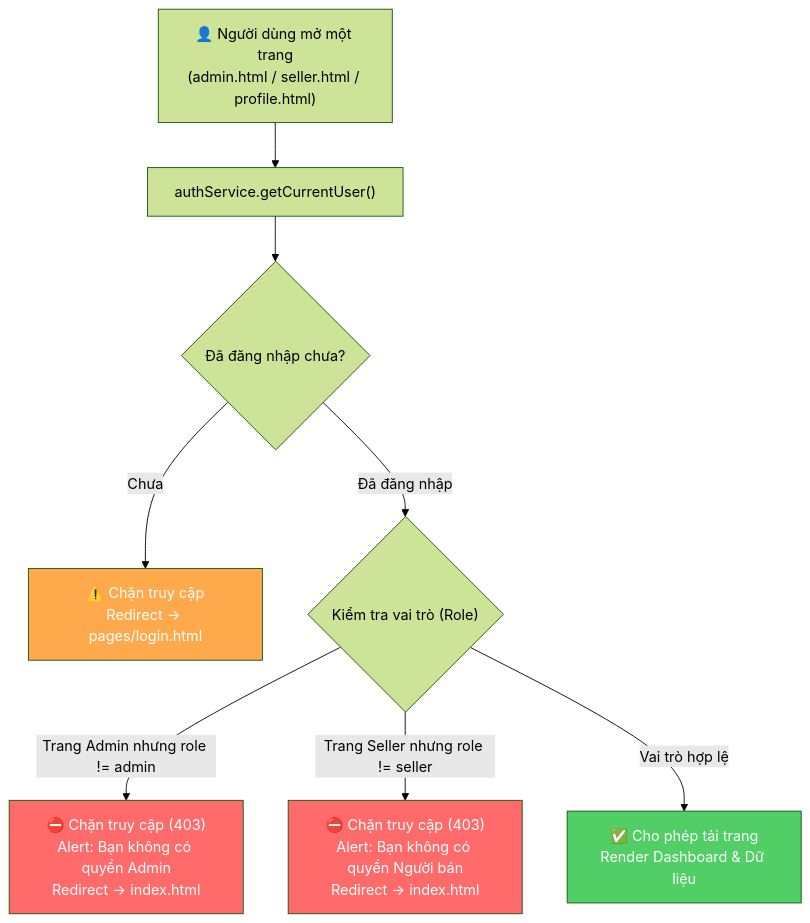
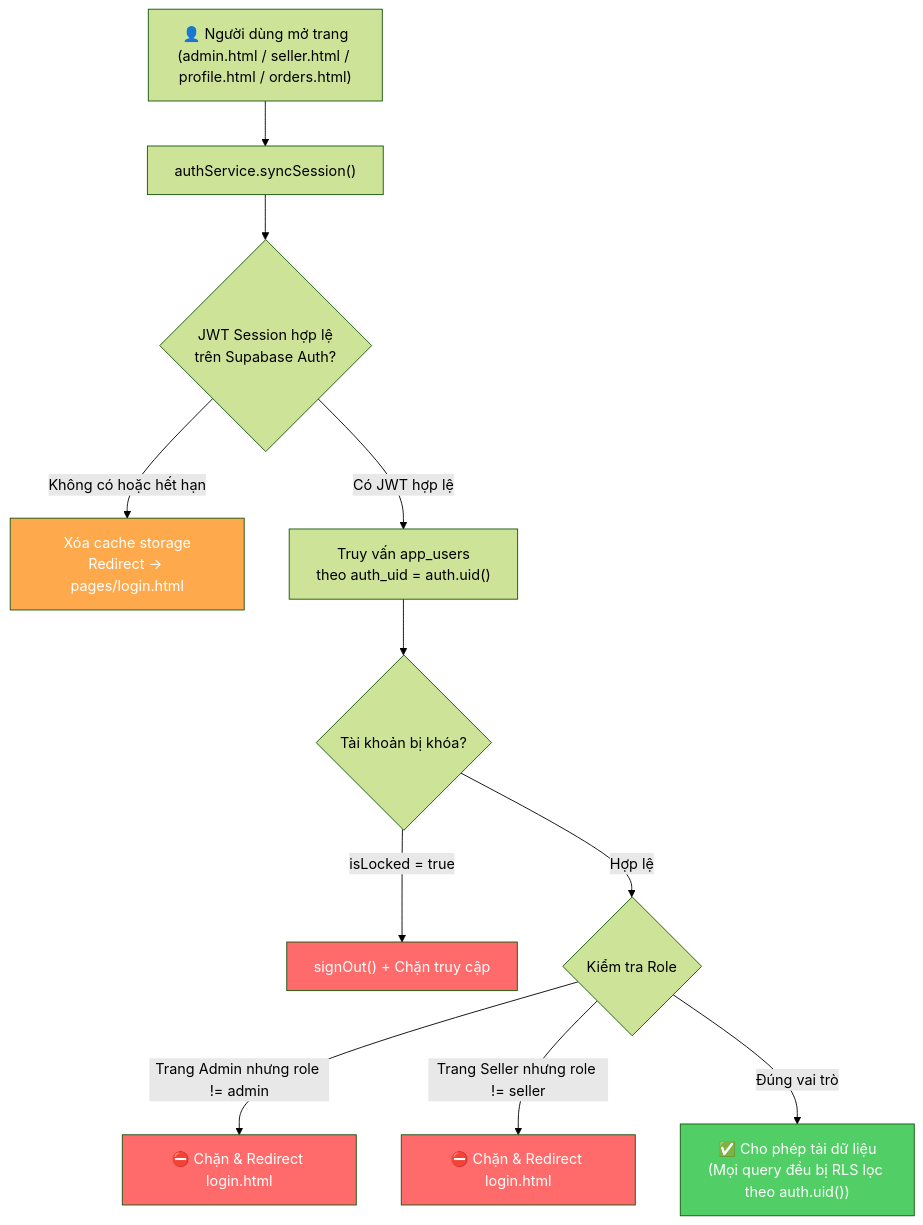
The fourth of 6 diagrams in docs/software_architecture_design.md (hieunguyenpro1919/nhasach), drawn with Mermaid (forest theme) before and after one commit. The commit also changed other lines of this file and 4 other files, not shown here.

Commit message:
Update README and docs to match Supabase Auth, RLS, Storage, and Vercel deployment

````diff
--- a/docs/software_architecture_design.md
+++ b/docs/software_architecture_design.md
@@ -225,17 +217,21 @@
 ```mermaid
 flowchart TD
-    A["👤 Người dùng mở một trang\n(admin.html / seller.html / profile.html)"] --> B["authService.getCurrentUser()"]
-    B --> C{"Đã đăng nhập chưa?"}
+    A["👤 Người dùng mở trang\n(admin.html / seller.html / profile.html / orders.html)"] --> B["authService.syncSession()"]
+    B --> C{"JWT Session hợp lệ\ntrên Supabase Auth?"}
 
-    C -- "Chưa" --> REDIR_LOGIN["⚠️ Chặn truy cập\nRedirect -> pages/login.html"]
-    C -- "Đã đăng nhập" --> D{"Kiểm tra vai trò (Role)"}
+    C -- "Không có hoặc hết hạn" --> CLEAR["Xóa cache storage\nRedirect -> pages/login.html"]
+    C -- "Có JWT hợp lệ" --> FETCH["Truy vấn app_users\ntheo auth_uid = auth.uid()"]
+    FETCH --> LOCK{"Tài khoản bị khóa?"}
+    LOCK -- "isLocked = true" --> SIGNOUT["signOut() + Chặn truy cập"]
+    LOCK -- "Hợp lệ" --> ROLE{"Kiểm tra Role"}
 
-    D -- "Trang Admin nhưng role != admin" --> FORBID1["⛔ Chặn truy cập (403)\nAlert: Bạn không có quyền Admin\nRedirect -> index.html"]
-    D -- "Trang Seller nhưng role != seller" --> FORBID2["⛔ Chặn truy cập (403)\nAlert: Bạn không có quyền Người bán\nRedirect -> index.html"]
-    D -- "Vai trò hợp lệ" --> ALLOW["✅ Cho phép tải trang\nRender Dashboard & Dữ liệu"]
+    ROLE -- "Trang Admin nhưng role != admin" --> FORBID1["⛔ Chặn & Redirect login.html"]
+    ROLE -- "Trang Seller nhưng role != seller" --> FORBID2["⛔ Chặn & Redirect login.html"]
+    ROLE -- "Đúng vai trò" --> ALLOW["✅ Cho phép tải dữ liệu\n(Mọi query đều bị RLS lọc theo auth.uid())"]
 
-    style REDIR_LOGIN fill:#ffa94d,color:#fff
+    style CLEAR fill:#ffa94d,color:#fff
+    style SIGNOUT fill:#ff6b6b,color:#fff
     style FORBID1 fill:#ff6b6b,color:#fff
     style FORBID2 fill:#ff6b6b,color:#fff
     style ALLOW fill:#51cf66,color:#fff
 ```
````
